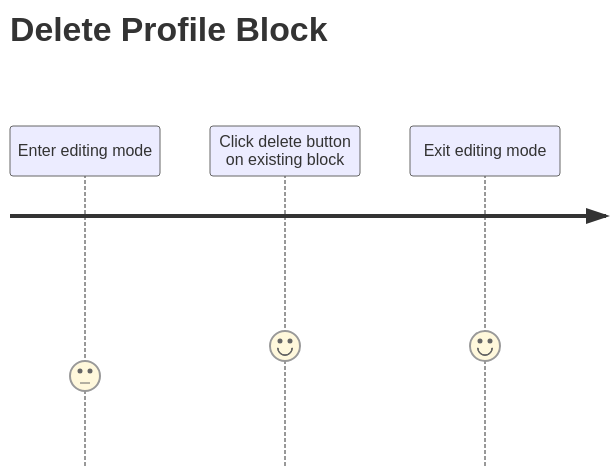
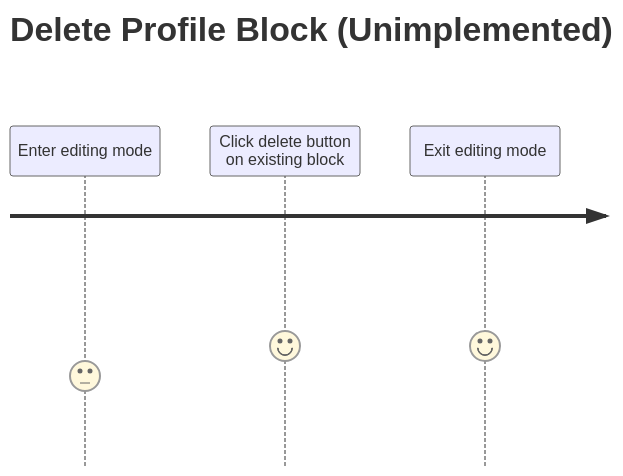
One commit to ucsb-cs148-f21/project-t10-animelist changed the ninth of 9 diagrams in docs/DESIGN.md. Above: the diagram before and after it, drawn with Mermaid. The commit also changed other lines of this file and 1 other file, not shown here.

````diff
--- a/docs/DESIGN.md
+++ b/docs/DESIGN.md
@@ -102,7 +164,7 @@
 ```mermaid
 journey
-  title Delete Profile Block
+  title Delete Profile Block (Unimplemented)
   Enter editing mode: 3
   Click delete button on existing block: 4
   Exit editing mode: 4
 ```
````
